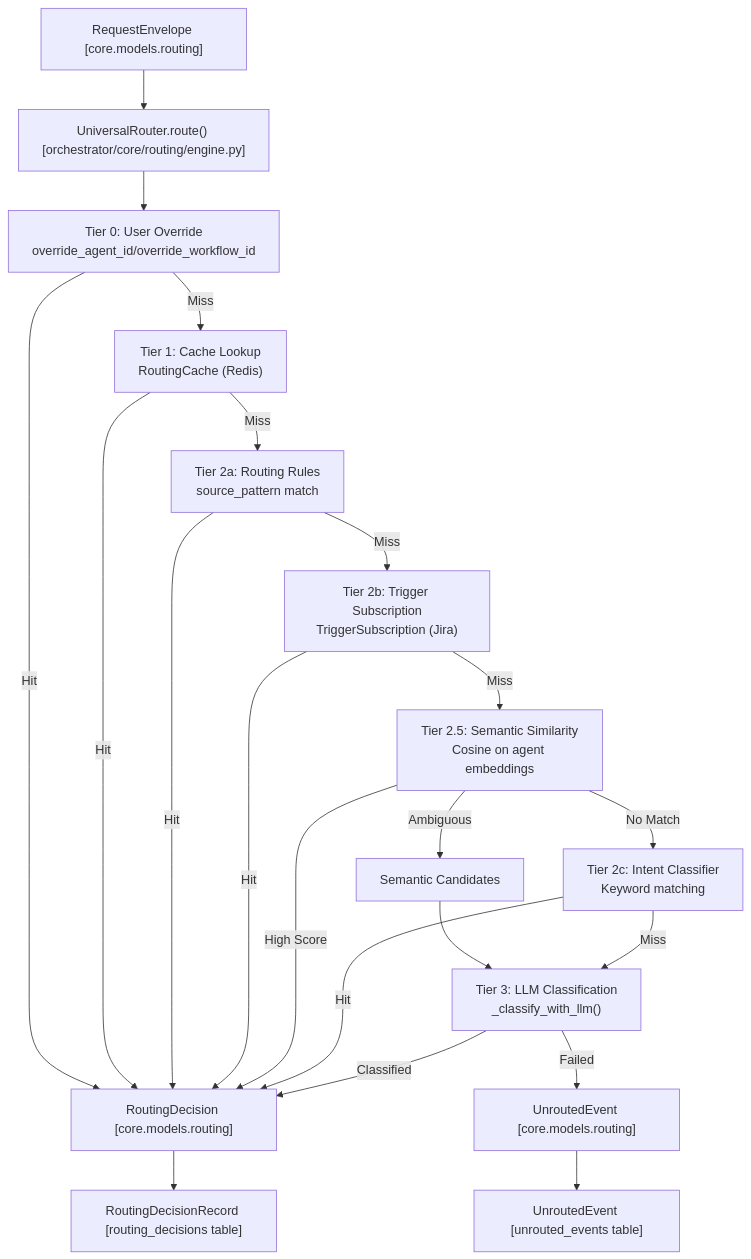
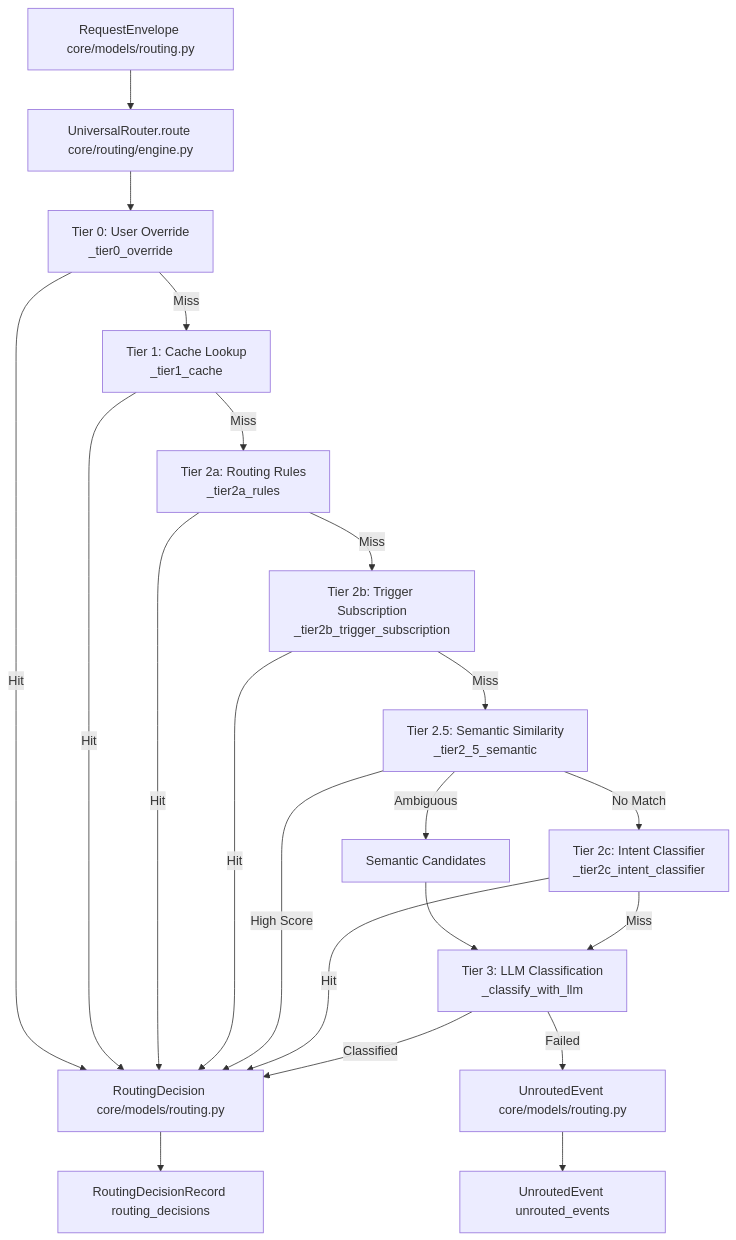
The first of 2 diagrams in docs/universal-router/_index.md (AutomatosAI/automatos-ai), drawn with Mermaid before and after one commit. The commit also changed other lines of this file and 191 other files, not shown here.

````diff
--- a/docs/universal-router/_index.md
+++ b/docs/universal-router/_index.md
@@ -34,44 +39,44 @@
 ```mermaid
 graph TB
-    Input["RequestEnvelope [core.models.routing]"]
-    Router["UniversalRouter.route() [orchestrator/core/routing/engine.py]"]
+    Input["RequestEnvelope core/models/routing.py"]
+    Router["UniversalRouter.route core/routing/engine.py"]
     
     Input --> Router
     
-    Router --> T0["Tier 0: User Override<br/>override_agent_id/override_workflow_id"]
+    Router --> T0["Tier 0: User Override<br/>_tier0_override"]
     T0 -->|Hit| Decision
     T0 -->|Miss| T1
     
-    T1["Tier 1: Cache Lookup<br/>RoutingCache (Redis)"]
+    T1["Tier 1: Cache Lookup<br/>_tier1_cache"]
     T1 -->|Hit| Decision
     T1 -->|Miss| T2a
     
-    T2a["Tier 2a: Routing Rules<br/>source_pattern match"]
+    T2a["Tier 2a: Routing Rules<br/>_tier2a_rules"]
     T2a -->|Hit| Decision
     T2a -->|Miss| T2b
     
-    T2b["Tier 2b: Trigger Subscription<br/>TriggerSubscription (Jira)"]
+    T2b["Tier 2b: Trigger Subscription<br/>_tier2b_trigger_subscription"]
     T2b -->|Hit| Decision
     T2b -->|Miss| T2_5
     
-    T2_5["Tier 2.5: Semantic Similarity<br/>Cosine on agent embeddings"]
+    T2_5["Tier 2.5: Semantic Similarity<br/>_tier2_5_semantic"]
     T2_5 -->|High Score| Decision
     T2_5 -->|Ambiguous| Candidates
     
     Candidates["Semantic Candidates"] --> T3
     T2_5 -->|No Match| T2c
     
-    T2c["Tier 2c: Intent Classifier<br/>Keyword matching"]
+    T2c["Tier 2c: Intent Classifier<br/>_tier2c_intent_classifier"]
     T2c -->|Hit| Decision
     T2c -->|Miss| T3
     
-    T3["Tier 3: LLM Classification<br/>_classify_with_llm()"]
+    T3["Tier 3: LLM Classification<br/>_classify_with_llm"]
     T3 -->|Classified| Decision
     T3 -->|Failed| Unrouted
     
-    Decision["RoutingDecision [core.models.routing]"]
-    Unrouted["UnroutedEvent [core.models.routing]"]
+    Decision["RoutingDecision core/models/routing.py"]
+    Unrouted["UnroutedEvent core/models/routing.py"]
     
-    Decision --> Log["RoutingDecisionRecord [routing_decisions table]"]
-    Unrouted --> UnroutedTable["UnroutedEvent [unrouted_events table]"]
+    Decision --> Log["RoutingDecisionRecord routing_decisions"]
+    Unrouted --> UnroutedTable["UnroutedEvent unrouted_events"]
 ```
````
